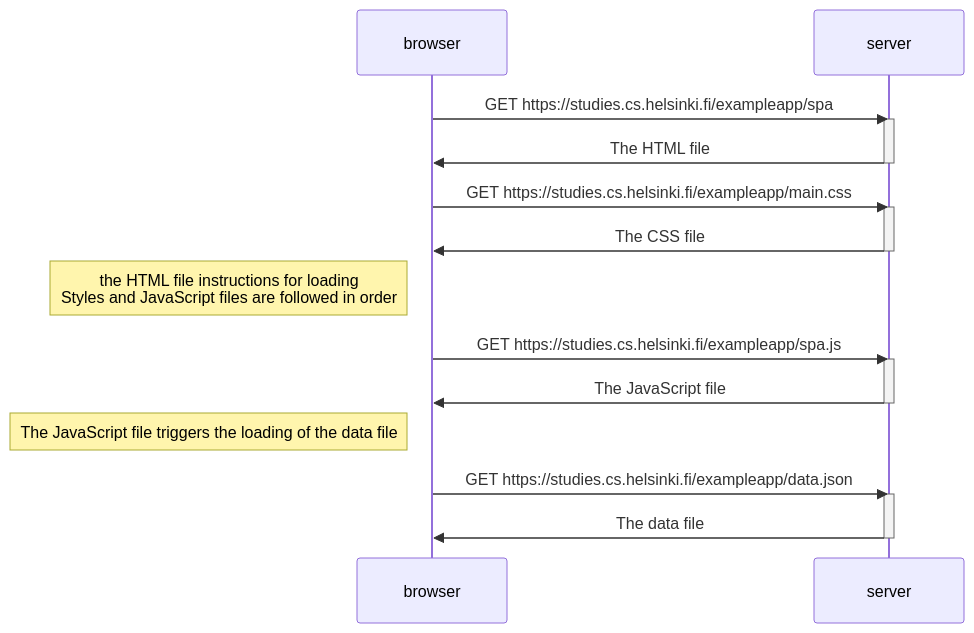
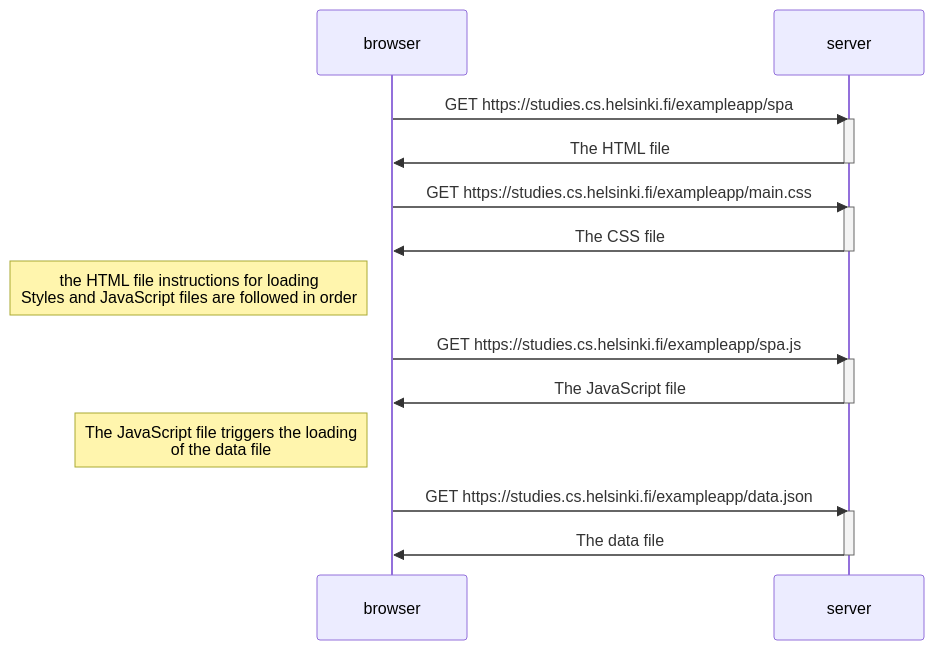
The diagram in 0.5: Single page app diagram.MD (monaanvari/FullStackOpen), drawn with Mermaid before and after one commit.

Commit message:
Update note formatting in SPA diagram

````diff
--- a/0.5: Single page app diagram.MD
+++ b/0.5: Single page app diagram.MD
@@ -1,28 +1,28 @@
 ```mermaid
 sequenceDiagram
 participant browser
 participant server
 
 browser ->> server : GET https://studies.cs.helsinki.fi/exampleapp/spa
 activate server
 server ->> browser : The HTML file 
 deactivate server
 
 browser ->> server : GET https://studies.cs.helsinki.fi/exampleapp/main.css
 activate server
 server ->> browser : The CSS file 
 deactivate server
 
 Note left of browser: the HTML file instructions for loading <br/> Styles and JavaScript files are followed in order
 
 browser ->> server : GET https://studies.cs.helsinki.fi/exampleapp/spa.js
 activate server
 server ->> browser : The JavaScript file 
 deactivate server
 
-Note left of browser: The JavaScript file triggers the loading of the data file
+Note left of browser: The JavaScript file triggers the loading<br/> of the data file
 browser ->> server : GET https://studies.cs.helsinki.fi/exampleapp/data.json
 activate server
 server ->> browser : The data file 
 deactivate server
 ```
````
